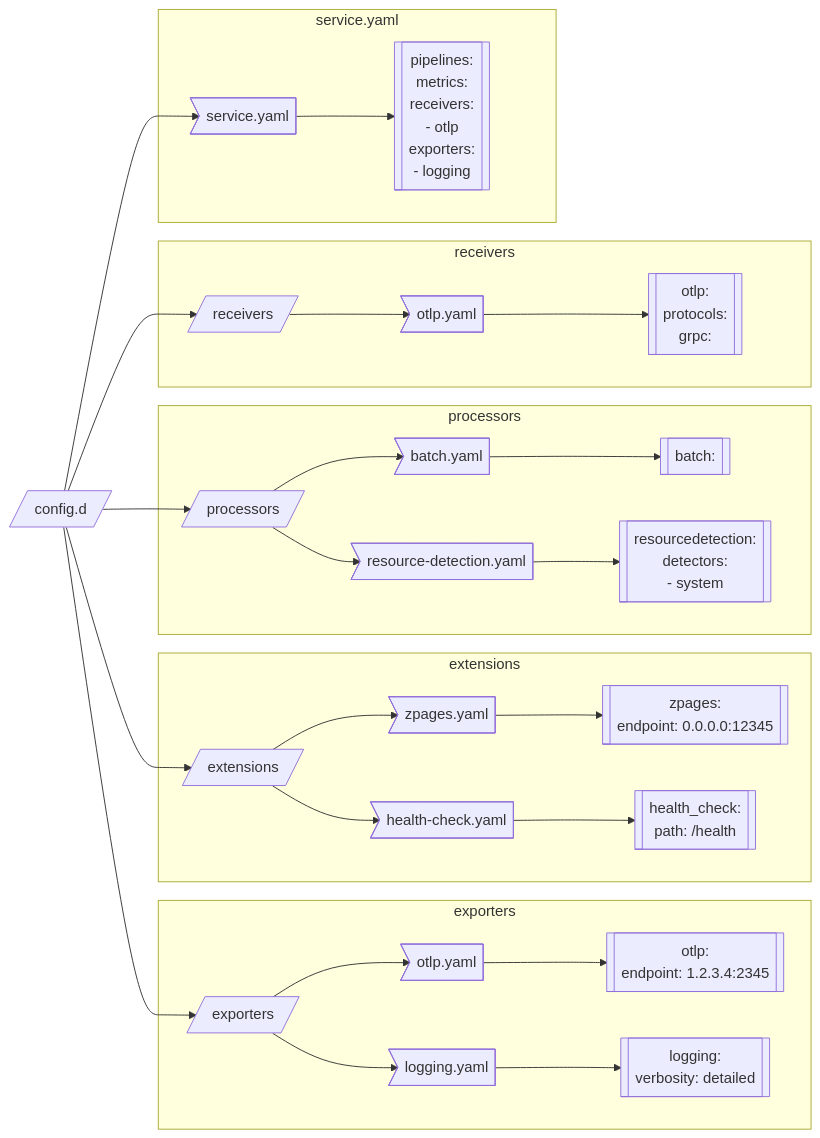
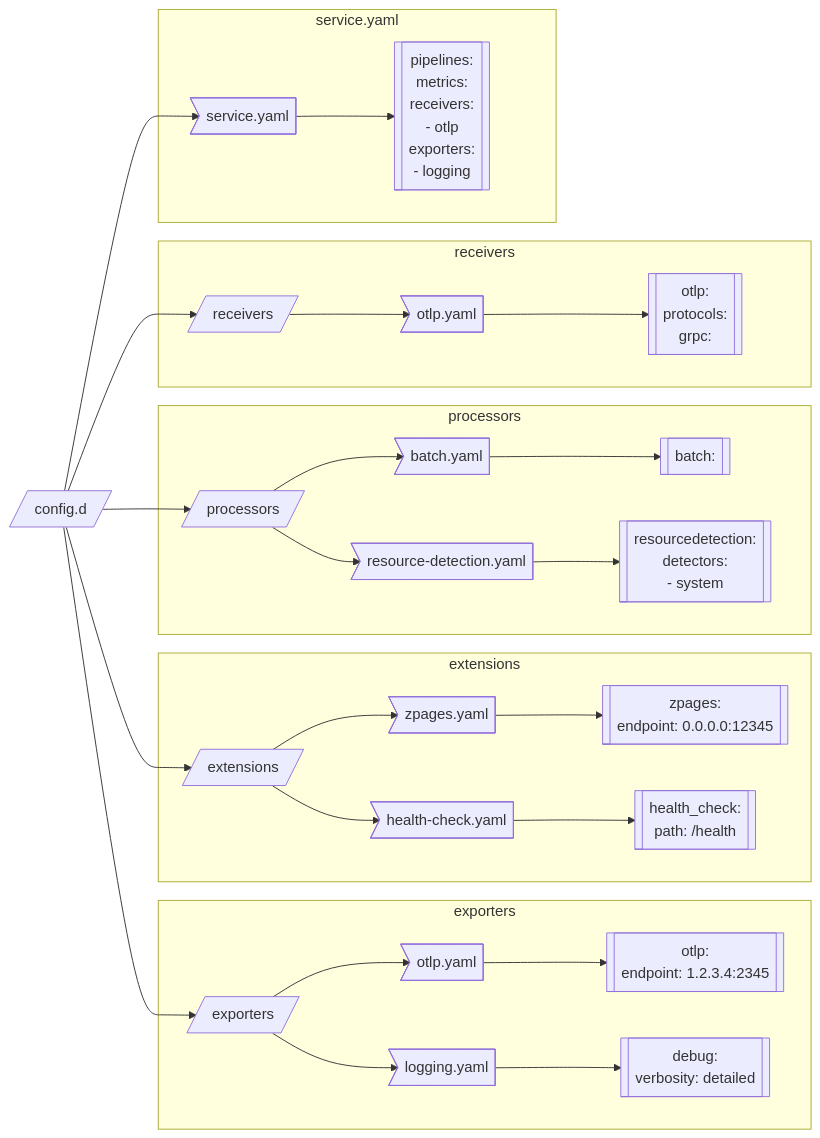
Before and after one commit to signalfx/splunk-otel-collector: the diagram in internal/confmapprovider/discovery/README.md, drawn with Mermaid. The commit also changed other lines of this file and 52 other files, not shown here.

Commit message:
Replace logging with debug

````diff
--- a/internal/confmapprovider/discovery/README.md
+++ b/internal/confmapprovider/discovery/README.md
@@ -9,33 +9,33 @@
 ```mermaid
 graph LR
   config.d[/config.d/] --> 1>service.yaml]
   subgraph 1a[service.yaml]
     1 --> 1a1[[pipelines:<br>metrics:<br>receivers:<br>- otlp<br>exporters:<br>- logging]]
   end
   config.d --> 2[/exporters/]
   subgraph 2a[exporters]
     2 --> 2a1>otlp.yaml]
     2a1 --> 2b1[[otlp:<br>endpoint: 1.2.3.4:2345]]
     2 --> 2a2>logging.yaml]
-    2a2 --> 2b2[[logging:<br>verbosity: detailed]]
+    2a2 --> 2b2[[debug:<br>verbosity: detailed]]
   end
   config.d --> 3[/extensions/]
   subgraph 3a[extensions]
     3 --> 3a1>zpages.yaml]
     3a1 --> 3b1[[zpages:<br>endpoint: 0.0.0.0:12345]]
     3 --> 3a2>health-check.yaml]
     3a2 --> 3b2[[health_check:<br>path: /health]]
   end
   config.d --> 4[/processors/]
   subgraph 4a[processors]
     4 --> 4a1>batch.yaml]
     4a1 --> 4b1[[batch:<br>]]
     4 --> 4a2>resource-detection.yaml]
     4a2 --> 4b2[[resourcedetection:<br>detectors:<br>- system]]
   end
   config.d --> 5[/receivers/]
   subgraph 5a[receivers]
     5 --> 5a1>otlp.yaml]
     5a1 --> 5b1[[otlp:<br>protocols:<br>grpc:]]
   end
 ```
````
